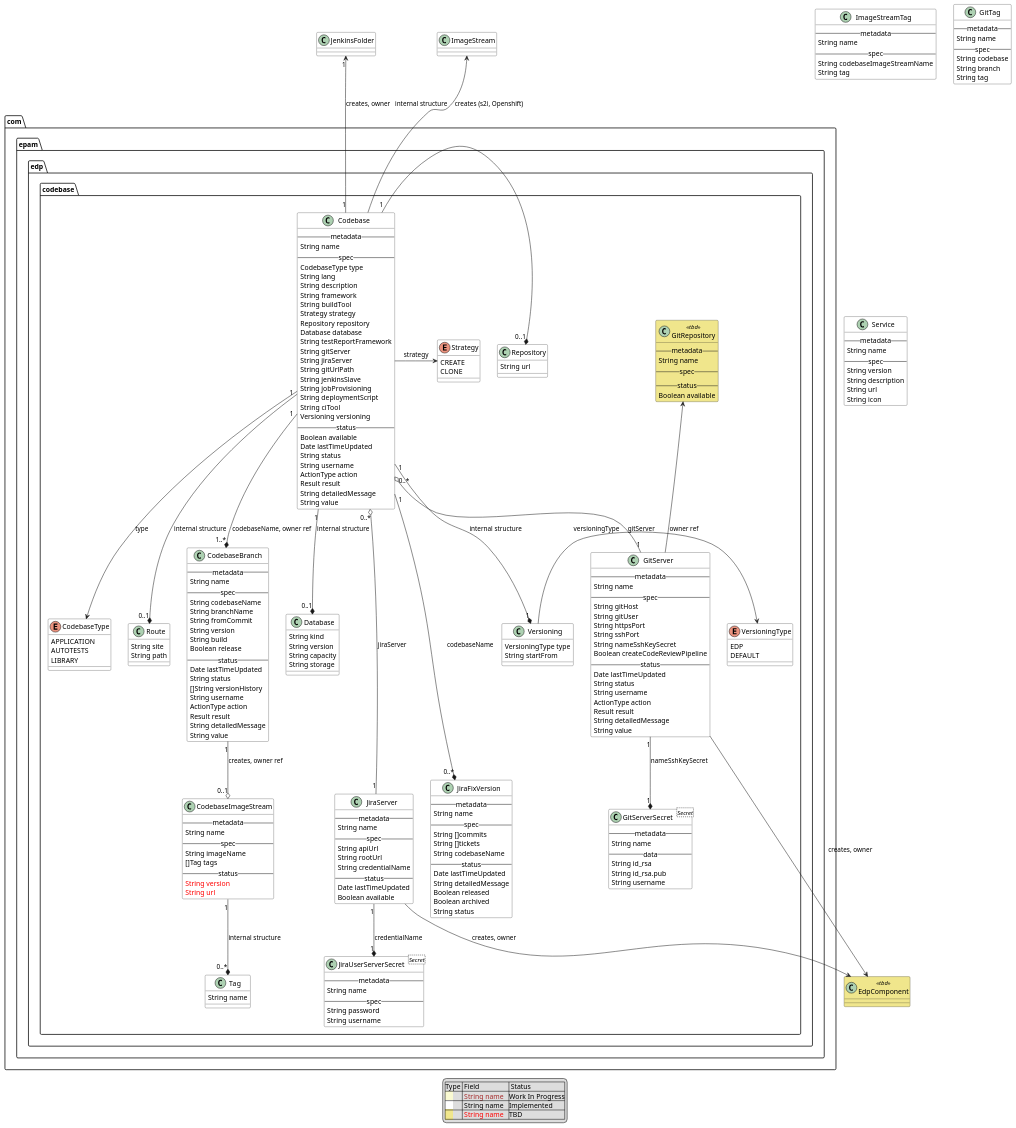
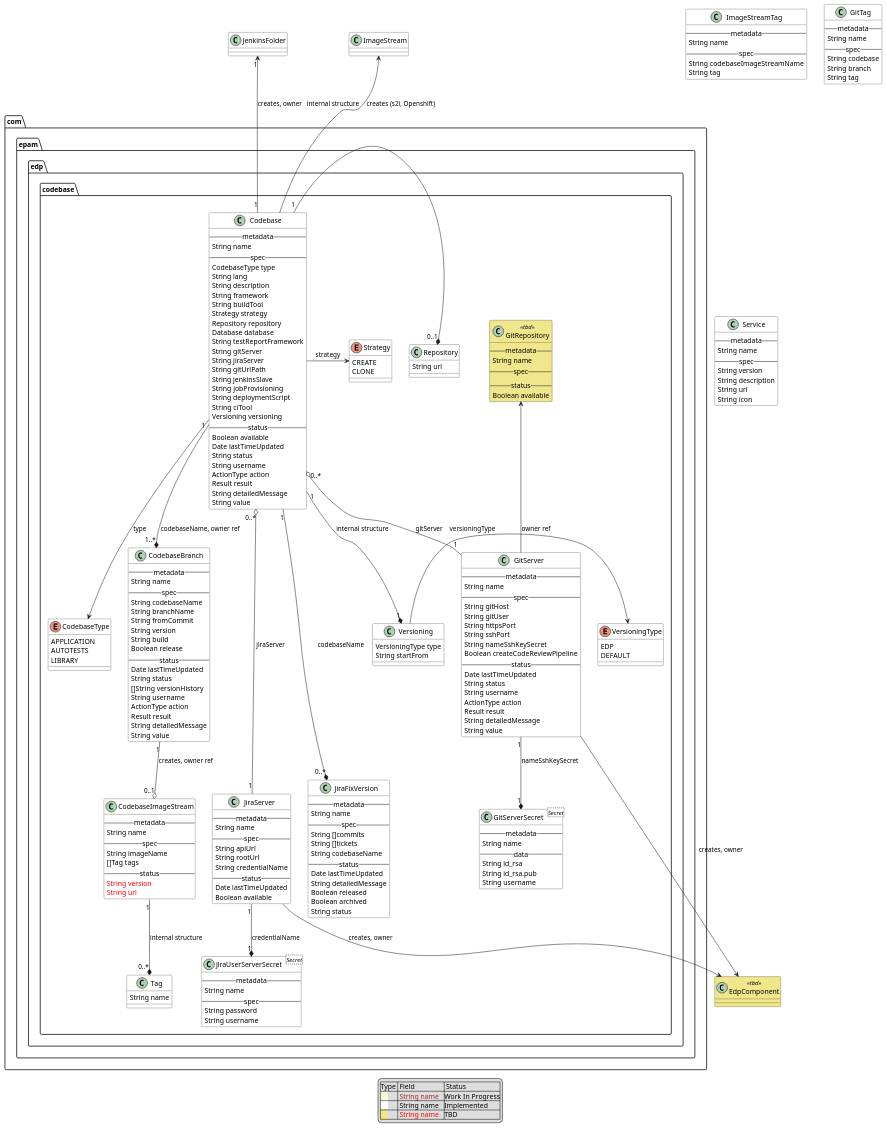
The diagram in documentation/puml/arch.puml (epam/edp-codebase-operator), drawn with PlantUML before and after one commit. The commit also changed 7 other files, not shown here.

```diff
--- a/documentation/puml/arch.puml
+++ b/documentation/puml/arch.puml
@@ -68,20 +68,6 @@
     class Versioning {
      VersioningType type
      String startFrom
-  }
-
-  Codebase "1" --* "0..1" Route : internal structure
-  class Route {
-    String site
-    String path
-  }
-
-  Codebase "1" --* "0..1" Database : internal structure
-  class Database {
-    String kind
-    String version
-    String capacity
-    String storage
   }
 
   Codebase "1" --* "1..*" CodebaseBranch : codebaseName, owner ref
```
